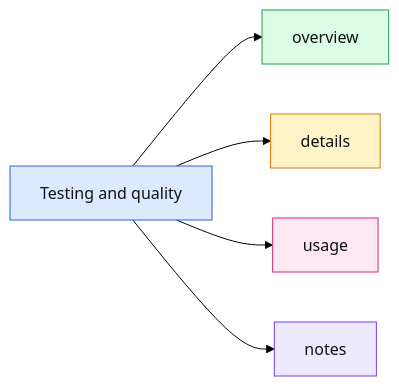
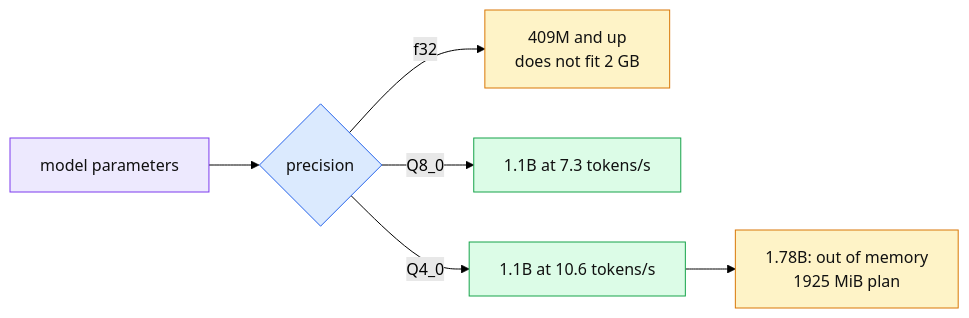
Diagram 14 of 21 in readme.md (thomascherickal/ferrum-gpu), drawn with Mermaid (forest theme) before and after one commit. The commit also changed other lines of this file and 4 other files, not shown here.

First line of the commit message:
docs: hand-drawn data-flow diagrams for the readme, architecture and GUI pages

````diff
--- a/readme.md
+++ b/readme.md
@@ -424,13 +398,13 @@
 ```mermaid
 flowchart LR
-    a["Testing and quality"]:::root
-    a --> n0["overview"]:::c0
-    a --> n1["details"]:::c1
-    a --> n2["usage"]:::c2
-    a --> n3["notes"]:::c3
-    classDef root fill:#dbeafe,stroke:#2563eb,color:#111
-    classDef c0 fill:#dcfce7,stroke:#16a34a,color:#111
-    classDef c1 fill:#fef3c7,stroke:#d97706,color:#111
-    classDef c2 fill:#fce7f3,stroke:#db2777,color:#111
-    classDef c3 fill:#ede9fe,stroke:#7c3aed,color:#111
+    m["model parameters"]:::host --> q{"precision"}:::core
+    q -- f32 --> f["409M and up<br/>does not fit 2 GB"]:::cpu
+    q -- "Q8_0" --> b["1.1B at 7.3 tokens/s"]:::gpu
+    q -- "Q4_0" --> c["1.1B at 10.6 tokens/s"]:::gpu
+    c --> oom["1.78B: out of memory<br/>1925 MiB plan"]:::cpu
+    classDef core fill:#dbeafe,stroke:#2563eb,color:#111
+    classDef gpu fill:#dcfce7,stroke:#16a34a,color:#111
+    classDef cpu fill:#fef3c7,stroke:#d97706,color:#111
+    classDef io fill:#fce7f3,stroke:#db2777,color:#111
+    classDef host fill:#ede9fe,stroke:#7c3aed,color:#111
 ```
````
